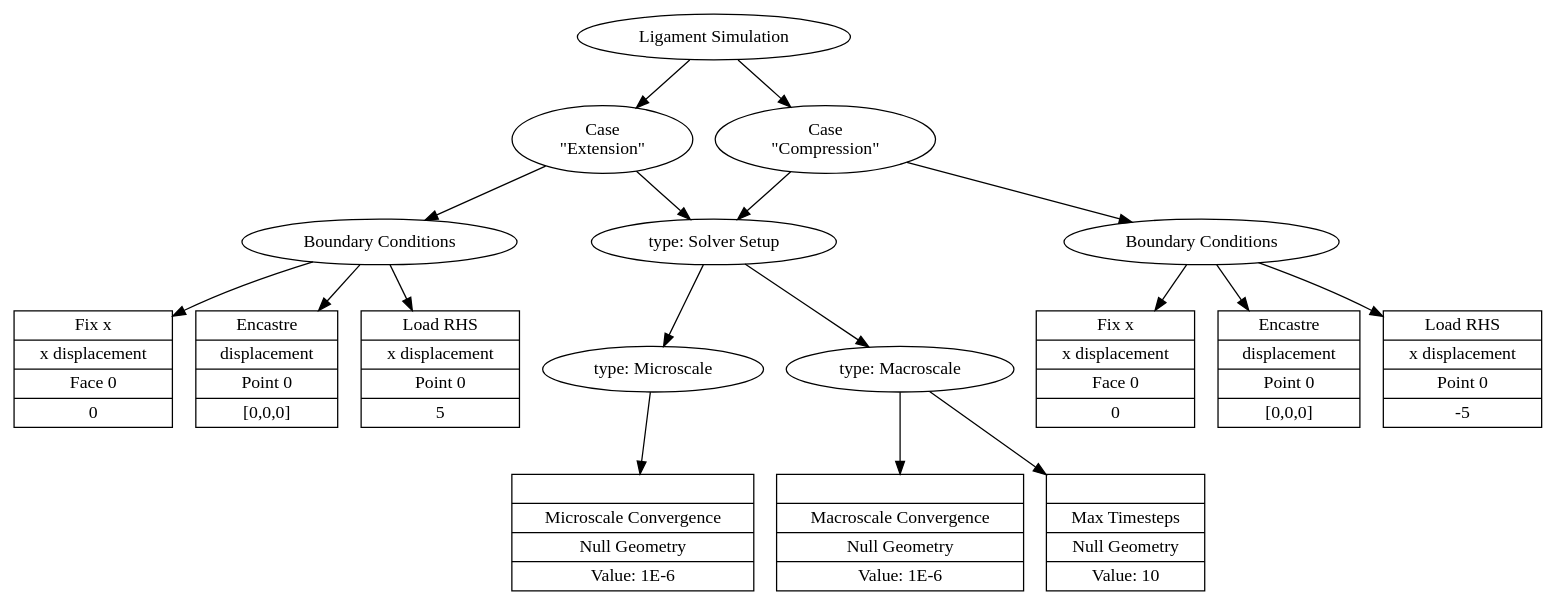
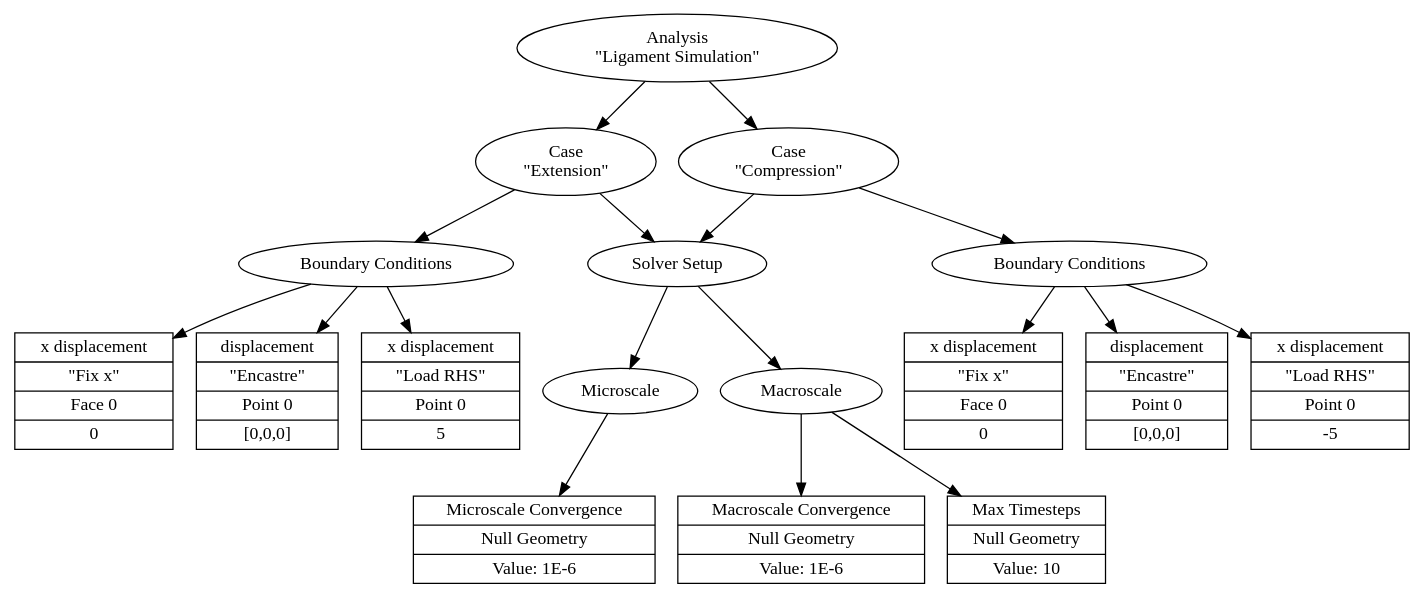
Before and after one commit to jacobmerson/model-traits: the diagram in unassociated_graph.dot, drawn with Graphviz. The commit also changed 4 other files, not shown here.

```diff
--- a/unassociated_graph.dot
+++ b/unassociated_graph.dot
@@ -1,36 +1,36 @@
 strict digraph {
-  simulation [label="Ligament Simulation"]
-  micro_cnvg_tol [shape=record,label="{|Microscale Convergence | Null Geometry | Value: 1E-6}"];
-  macro_cnvg_tol [shape=record,label="{|Macroscale Convergence | Null Geometry | Value: 1E-6}"];
-  max_tsteps [shape=record,label="{|Max Timesteps | Null Geometry | Value: 10}"];
+  simulation [label="Analysis \n\"Ligament Simulation\""]
+  micro_cnvg_tol [shape=record,label="{Microscale Convergence | Null Geometry | Value: 1E-6}"];
+  macro_cnvg_tol [shape=record,label="{Macroscale Convergence | Null Geometry | Value: 1E-6}"];
+  max_tsteps [shape=record,label="{Max Timesteps | Null Geometry | Value: 10}"];
   case1_bc [label="Boundary Conditions"];
   case2_bc [label="Boundary Conditions"];
-  case1_fix_x [shape=record,label="{Fix x| x displacement | Face 0 | 0}"];
-  case1_encastre [shape=record,label="{Encastre | displacement | Point 0 | [0,0,0]}"];
-  case1_displacement [shape=record,label="{Load RHS | x displacement | Point 0| 5}"];
-  case2_fix_x [shape=record,label="{Fix x| x displacement | Face 0 | 0}"];
-  case2_encastre [shape=record,label="{Encastre | displacement | Point 0 | [0,0,0]}"];
-  case2_displacement [shape=record,label="{Load RHS | x displacement | Point 0| -5}"];
+  case1_fix_x [shape=record,label="{x displacement | \"Fix x\"| Face 0 | 0}"];
+  case1_encastre [shape=record,label="{displacement | \"Encastre\" | Point 0 | [0,0,0]}"];
+  case1_displacement [shape=record,label="{x displacement | \"Load RHS\" | Point 0| 5}"];
+  case2_fix_x [shape=record,label="{x displacement | \"Fix x\"| Face 0 | 0}"];
+  case2_encastre [shape=record,label="{displacement | \"Encastre\" | Point 0 | [0,0,0]}"];
+  case2_displacement [shape=record,label="{x displacement | \"Load RHS\" | Point 0| -5}"];
   case1 [label="Case\n\"Extension\""]
   case2 [label="Case\n\"Compression\""]
-  microscale [label="type: Microscale"];
-  macroscale [label="type: Macroscale"];
-  solver_setup [label="type: Solver Setup"];
+  microscale [label="Microscale"];
+  macroscale [label="Macroscale"];
+  solver_setup [label="Solver Setup"];
 
   simulation -> {case1,case2};
   case1 -> solver_setup;
   case2 -> solver_setup;
   solver_setup -> {microscale, macroscale};
   microscale -> micro_cnvg_tol;
   macroscale -> macro_cnvg_tol;
   macroscale ->max_tsteps;
   case1->case1_bc;
   case2 -> case2_bc;
   case1_bc -> case1_fix_x;
   case1_bc -> case1_encastre;
   case1_bc -> case1_displacement;
 
   case2_bc -> case2_fix_x;
   case2_bc -> case2_encastre;
   case2_bc -> case2_displacement;
 }
```
